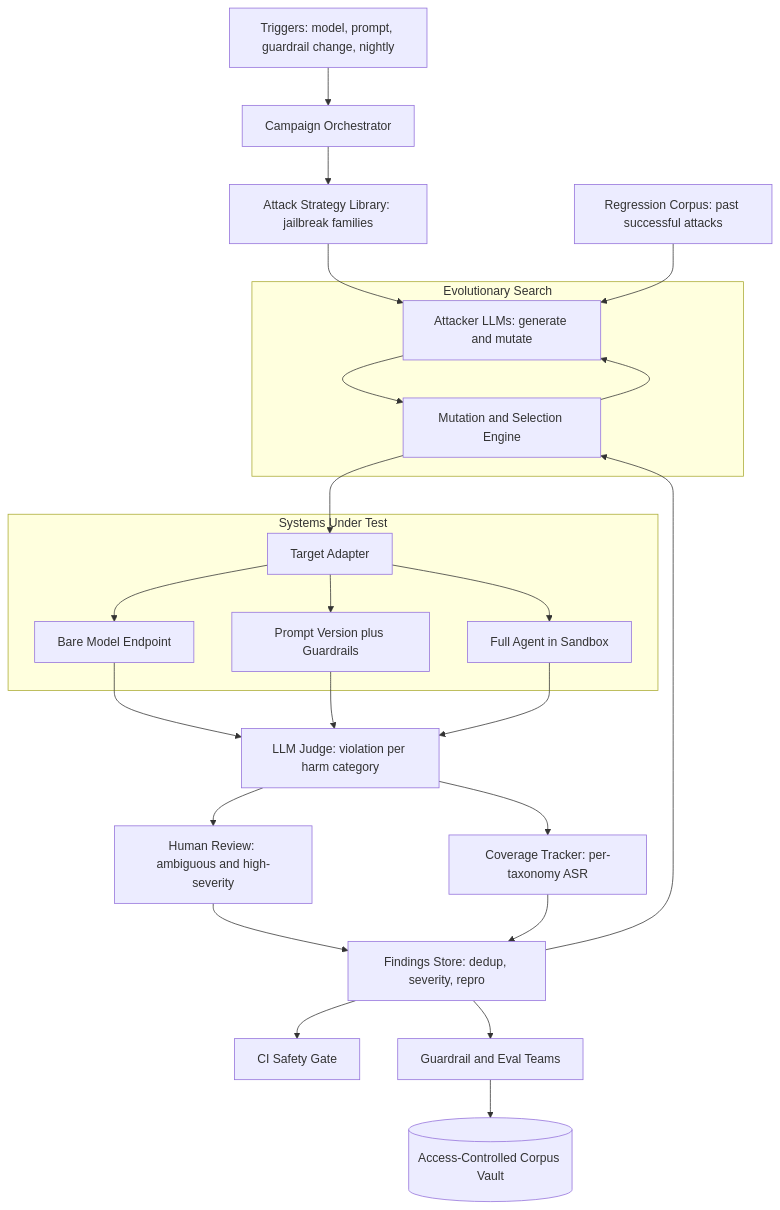
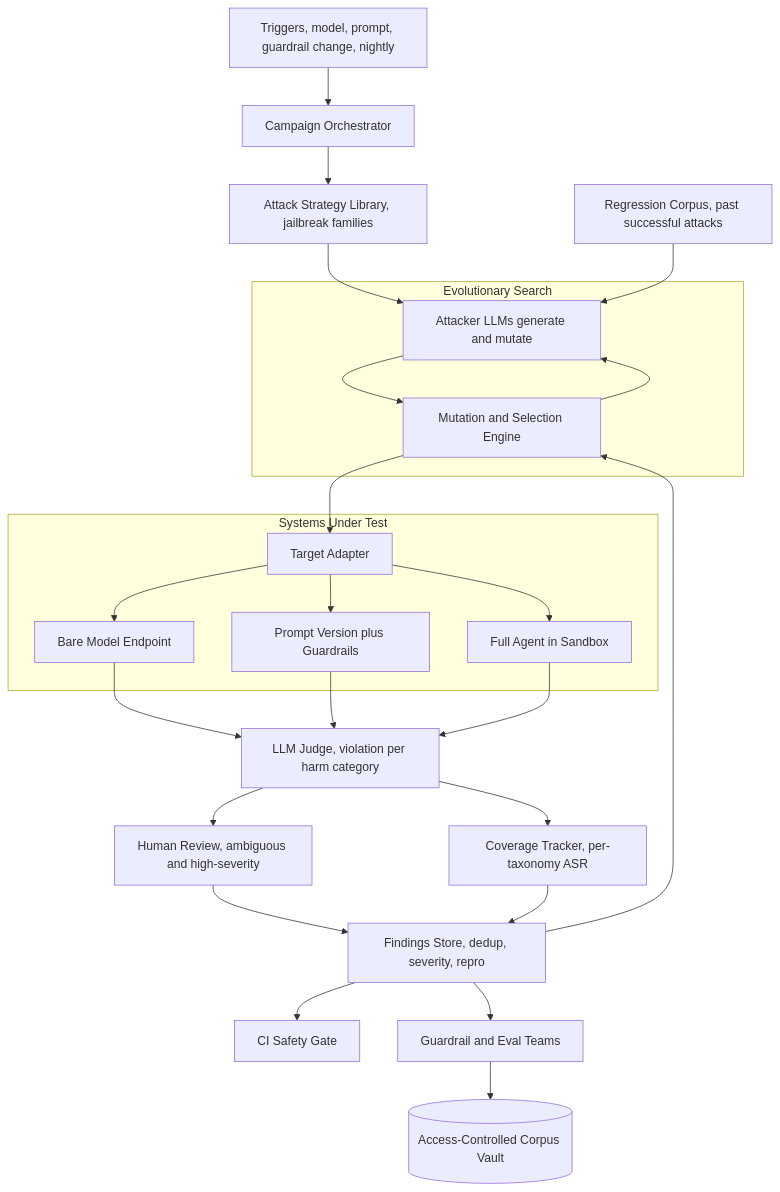
The first of 3 diagrams in docs/16-case-studies/50-automated-llm-red-teaming.md (jack51706/ai-system-design-guide), drawn with Mermaid before and after one commit. The commit also changed other lines of this file and 35 other files, not shown here.

````diff
--- a/docs/16-case-studies/50-automated-llm-red-teaming.md
+++ b/docs/16-case-studies/50-automated-llm-red-teaming.md
@@ -24,34 +24,34 @@
 ```mermaid
 flowchart TB
-    TRIG[Triggers: model, prompt, guardrail change, nightly] --> ORCH[Campaign Orchestrator]
-    ORCH --> LIB[Attack Strategy Library: jailbreak families]
-    LIB --> GEN[Attacker LLMs: generate and mutate]
-    SEED[Regression Corpus: past successful attacks] --> GEN
+    TRIG[Triggers, model, prompt, guardrail change, nightly] --> ORCH[Campaign Orchestrator]
+    ORCH --> LIB[Attack Strategy Library, jailbreak families]
+    LIB --> GEN[Attacker LLMs generate and mutate]
+    SEED[Regression Corpus, past successful attacks] --> GEN
 
     subgraph Search["Evolutionary Search"]
         GEN --> EVO[Mutation and Selection Engine]
         EVO --> GEN
     end
 
     EVO --> ADAPT[Target Adapter]
 
     subgraph Targets["Systems Under Test"]
         ADAPT --> MDL[Bare Model Endpoint]
         ADAPT --> PRMT[Prompt Version plus Guardrails]
         ADAPT --> AGENT[Full Agent in Sandbox]
     end
 
-    MDL --> JUDGE[LLM Judge: violation per harm category]
+    MDL --> JUDGE[LLM Judge, violation per harm category]
     PRMT --> JUDGE
     AGENT --> JUDGE
 
-    JUDGE --> HUMAN[Human Review: ambiguous and high-severity]
-    JUDGE --> COV[Coverage Tracker: per-taxonomy ASR]
-    HUMAN --> FIND[Findings Store: dedup, severity, repro]
+    JUDGE --> HUMAN[Human Review, ambiguous and high-severity]
+    JUDGE --> COV[Coverage Tracker, per-taxonomy ASR]
+    HUMAN --> FIND[Findings Store, dedup, severity, repro]
     COV --> FIND
 
     FIND --> EVO
     FIND --> GATE[CI Safety Gate]
     FIND --> GUARD[Guardrail and Eval Teams]
     GUARD --> VAULT[(Access-Controlled Corpus Vault)]
 ```
````
